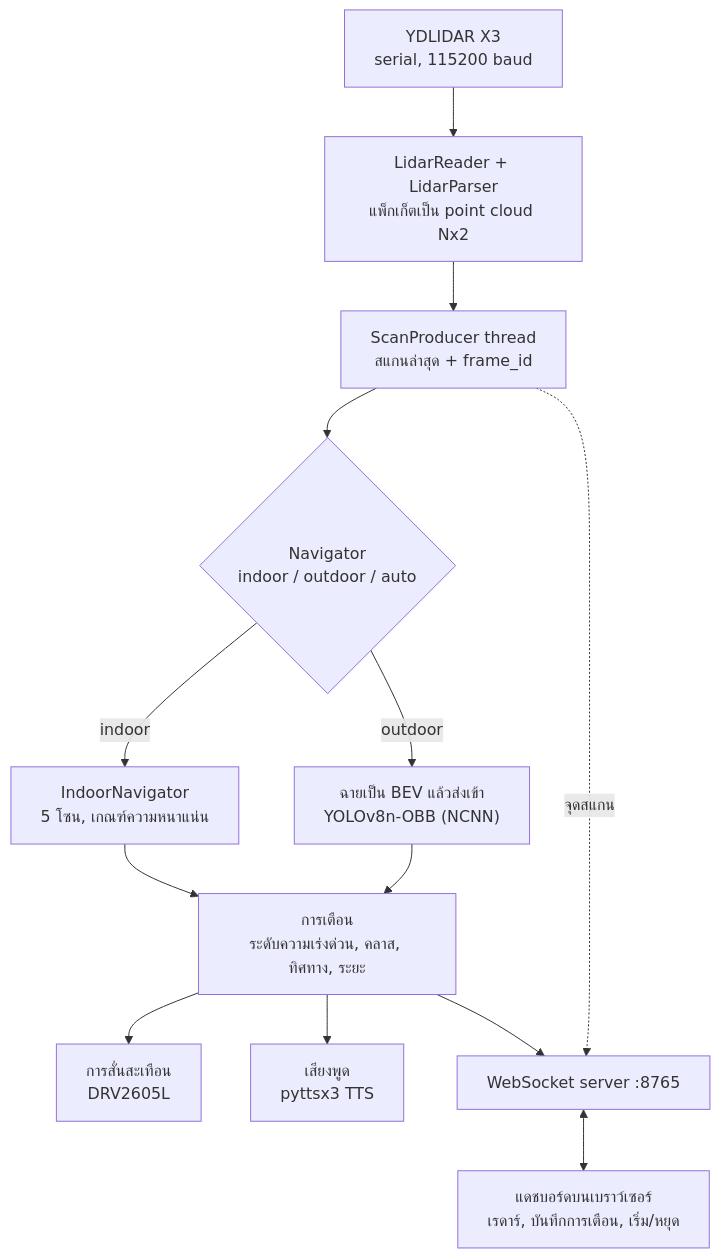
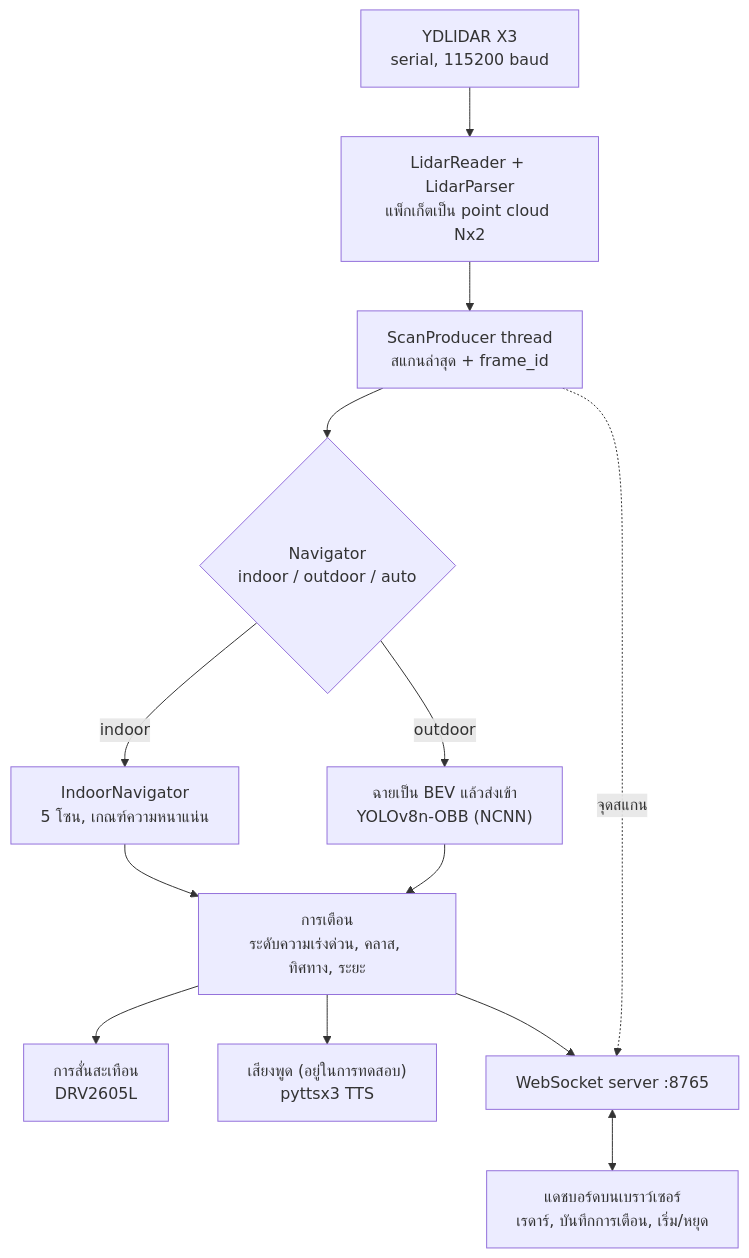
The diagram in README.TH.md (Encourey/LiDAR-Navigational-aid), drawn with Mermaid before and after one commit. The commit also changed other lines of this file and 1 other file, not shown here.

````diff
--- a/README.TH.md
+++ b/README.TH.md
@@ -41,15 +41,15 @@
 ```mermaid
 flowchart TD
     L["YDLIDAR X3<br/>serial, 115200 baud"] --> R["LidarReader + LidarParser<br/>แพ็กเก็ตเป็น point cloud Nx2"]
     R --> P["ScanProducer thread<br/>สแกนล่าสุด + frame_id"]
     P --> A{"Navigator<br/>indoor / outdoor / auto"}
     A -->|indoor| I["IndoorNavigator<br/>5 โซน, เกณฑ์ความหนาแน่น"]
     A -->|outdoor| O["ฉายเป็น BEV แล้วส่งเข้า<br/>YOLOv8n-OBB (NCNN)"]
     I --> AL["การเตือน<br/>ระดับความเร่งด่วน, คลาส, ทิศทาง, ระยะ"]
     O --> AL
     AL --> H["การสั่นสะเทือน<br/>DRV2605L"]
-    AL --> S["เสียงพูด<br/>pyttsx3 TTS"]
+    AL --> S["เสียงพูด (อยู่ในการทดสอบ)<br/>pyttsx3 TTS"]
     AL --> W["WebSocket server :8765"]
     P -. "จุดสแกน" .-> W
     W <--> D["แดชบอร์ดบนเบราว์เซอร์<br/>เรดาร์, บันทึกการเตือน, เริ่ม/หยุด"]
 ```
````
